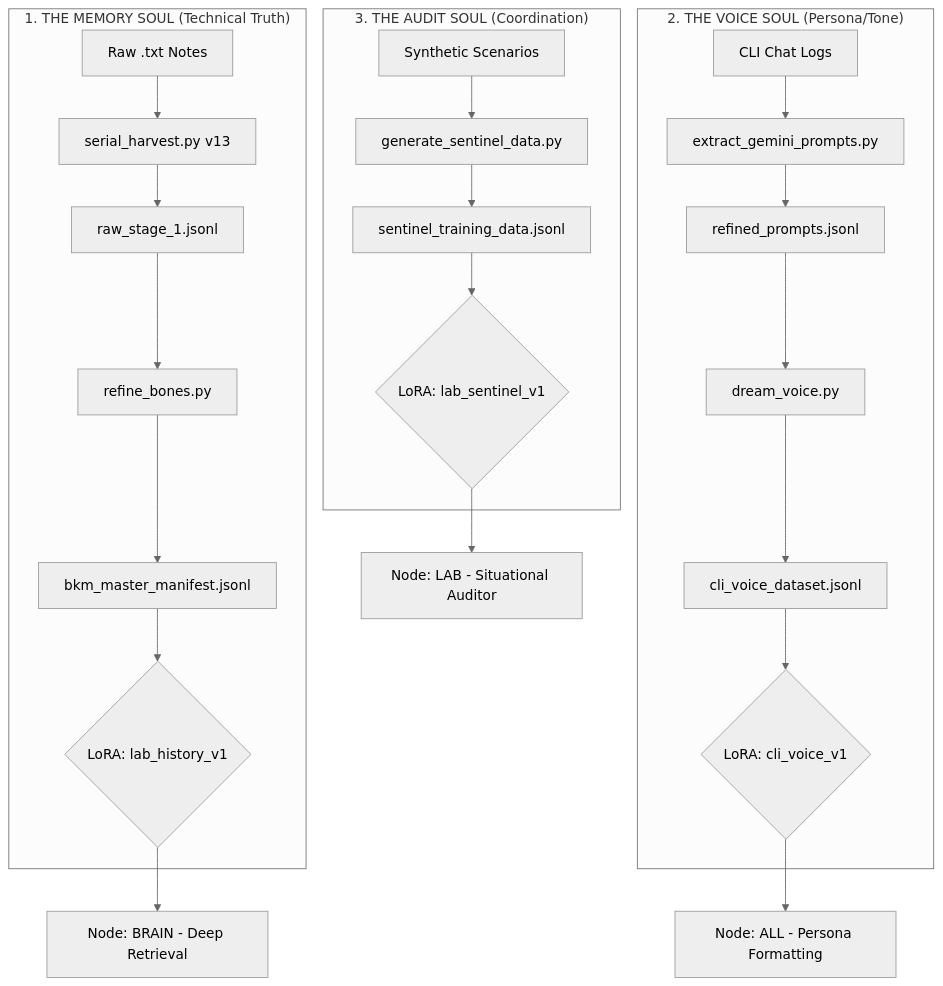
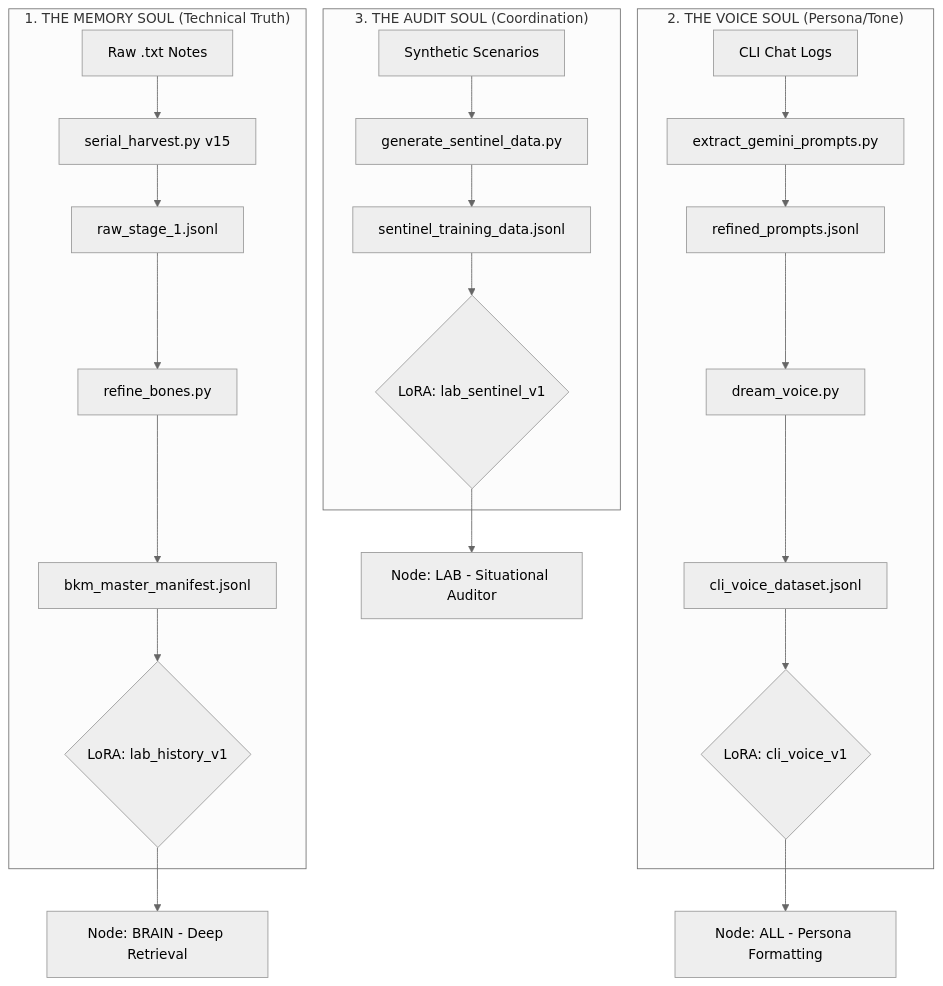
Before and after one commit to kEnder242/Portfolio_Dev: the diagram in SPRINT_PLAN_SPR_13_0.md, drawn with Mermaid (neutral theme). The commit also changed other lines of this file, not shown here.

````diff
--- a/SPRINT_PLAN_SPR_13_0.md
+++ b/SPRINT_PLAN_SPR_13_0.md
@@ -210,28 +210,28 @@
 ```mermaid
 graph TD
     subgraph "1. THE MEMORY SOUL (Technical Truth)"
-        A1[Raw .txt Notes] --> B1[serial_harvest.py v13]
+        A1[Raw .txt Notes] --> B1[serial_harvest.py v15]
         B1 --> C1[raw_stage_1.jsonl]
         C1 --> D1[refine_bones.py]
         D1 --> E1[bkm_master_manifest.jsonl]
         E1 --> F1{LoRA: lab_history_v1}
     end
 
     subgraph "2. THE VOICE SOUL (Persona/Tone)"
         A2[CLI Chat Logs] --> B2[extract_gemini_prompts.py]
         B2 --> C2[refined_prompts.jsonl]
         C2 --> D2[dream_voice.py]
         D2 --> E2[cli_voice_dataset.jsonl]
         E2 --> F2{LoRA: cli_voice_v1}
     end
 
     subgraph "3. THE AUDIT SOUL (Coordination)"
         A3[Synthetic Scenarios] --> B3[generate_sentinel_data.py]
         B3 --> E3[sentinel_training_data.jsonl]
         E3 --> F3{LoRA: lab_sentinel_v1}
     end
 
     F1 --> G1[Node: BRAIN - Deep Retrieval]
     F2 --> G2[Node: ALL - Persona Formatting]
     F3 --> G3[Node: LAB - Situational Auditor]
 ```
````
